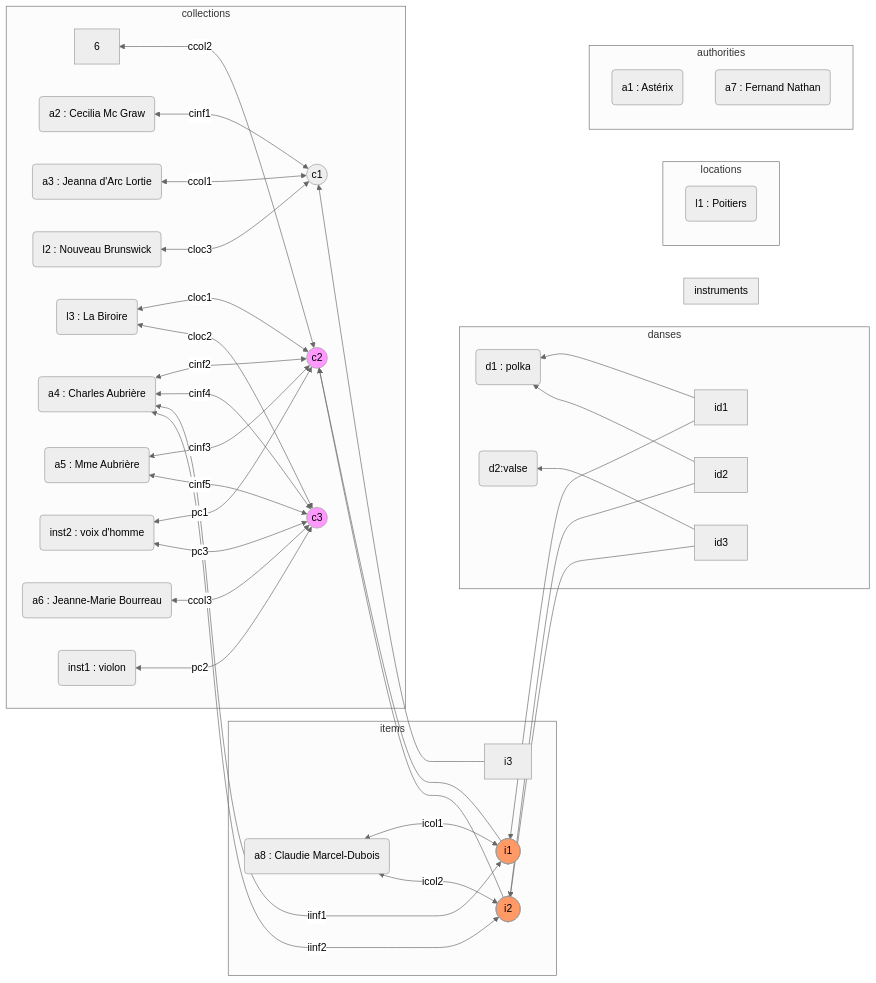
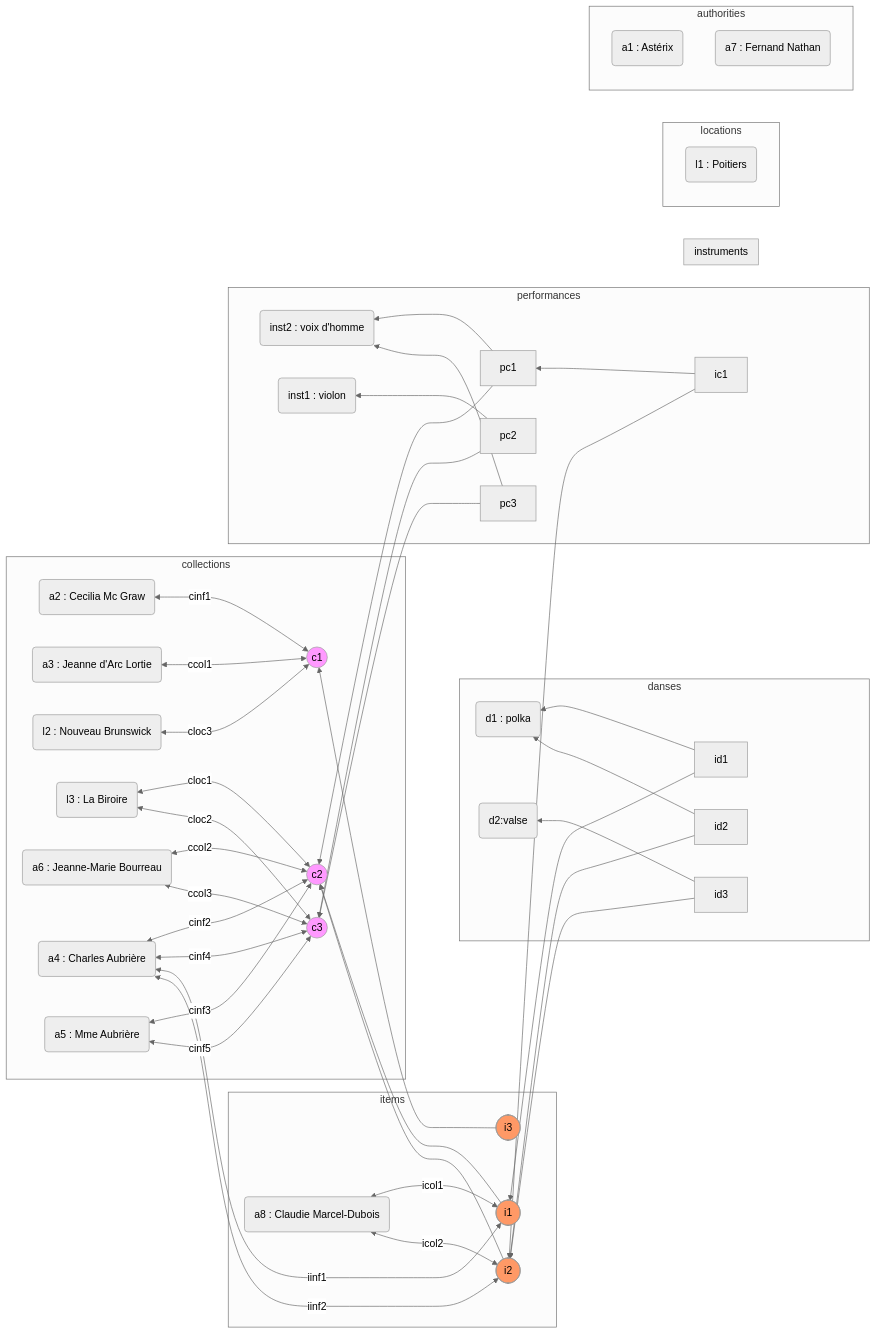
One commit to Francoralite/francoralite changed the diagram in documentation/data_test.md. Above: the diagram before and after it, drawn with Mermaid. The commit also changed 5 other files, not shown here.

````diff
--- a/documentation/data_test.md
+++ b/documentation/data_test.md
@@ -5,72 +5,81 @@
 ```mermaid
 %%{init: {'theme':'neutral'}}%%
 graph RL
     subgraph collections
     c1((c1))
     c1 <-- cinf1 --> a2
     c1 <-- ccol1 --> a3
     c1 <-- cloc3 --> l2
     c2((c2))
     c2 <-- cloc1 --> l3
-    c2 <-- ccol2 --> 6
+    c2 <-- ccol2 --> a6
     c2 <-- cinf2 --> a4
     c2 <-- cinf3 --> a5
-    c2 <-- pc1 --> inst2
     c3((c3))
     c3 <-- cloc2 --> l3
     c3 <-- ccol3 --> a6
     c3 <-- cinf4 --> a4
     c3 <-- cinf5 --> a5
-    c3 <-- pc2 --> inst1
-    c3 <-- pc3 --> inst2
     classDef collection fill:#f9f;
-    class c2,c3 collection;
+    class c1,c2,c3 collection;
     end
 
     subgraph items
     i1([i1])
     i2([i2])
+    i3([i3])
     classDef item fill:#f96;
-    class i1,i2 item;
+    class i1,i2,i3 item;
     i1 --> c2
     i1 <-- icol1 --> a8
     i1 <-- iinf1 --> a4
     i2 --> c2
     i2 <-- icol2 --> a8
     i2 <-- iinf2 --> a4
     i3 --> c1
     end
 
     subgraph danses
     d1(d1 : polka)
     d2(d2:valse)
     id1 --> d1
     id1 --> i1
     id2 --> d1
     id2 --> i2
     id3 --> d2
     id3 --> i2
     end
 
+    subgraph performances
+    pc1 --> c2
+    pc1 --> inst2
+    pc2 --> c3
+    pc2 --> inst1
+    pc3 --> c3
+    pc3 --> inst2
+    ic1 --> i2
+    ic1 --> pc1
+    end
+
     subgraph instruments
     inst1(inst1 : violon)
     inst2(inst2 : voix d'homme)
     end
 
     subgraph locations
     l1(l1 : Poitiers)
     l2(l2 : Nouveau Brunswick)
     l3(l3 : La Biroire)
     end
 
     subgraph authorities
     a1(a1 : Astérix)
     a2(a2 : Cecilia Mc Graw)
-    a3(a3 : Jeanna d'Arc Lortie)
+    a3(a3 : Jeanne d'Arc Lortie)
     a4(a4 : Charles Aubrière)
     a5(a5 : Mme Aubrière)
     a6(a6 : Jeanne-Marie Bourreau)
     a7(a7 : Fernand Nathan)
     a8( a8 : Claudie Marcel-Dubois)
     end
 ```
````
